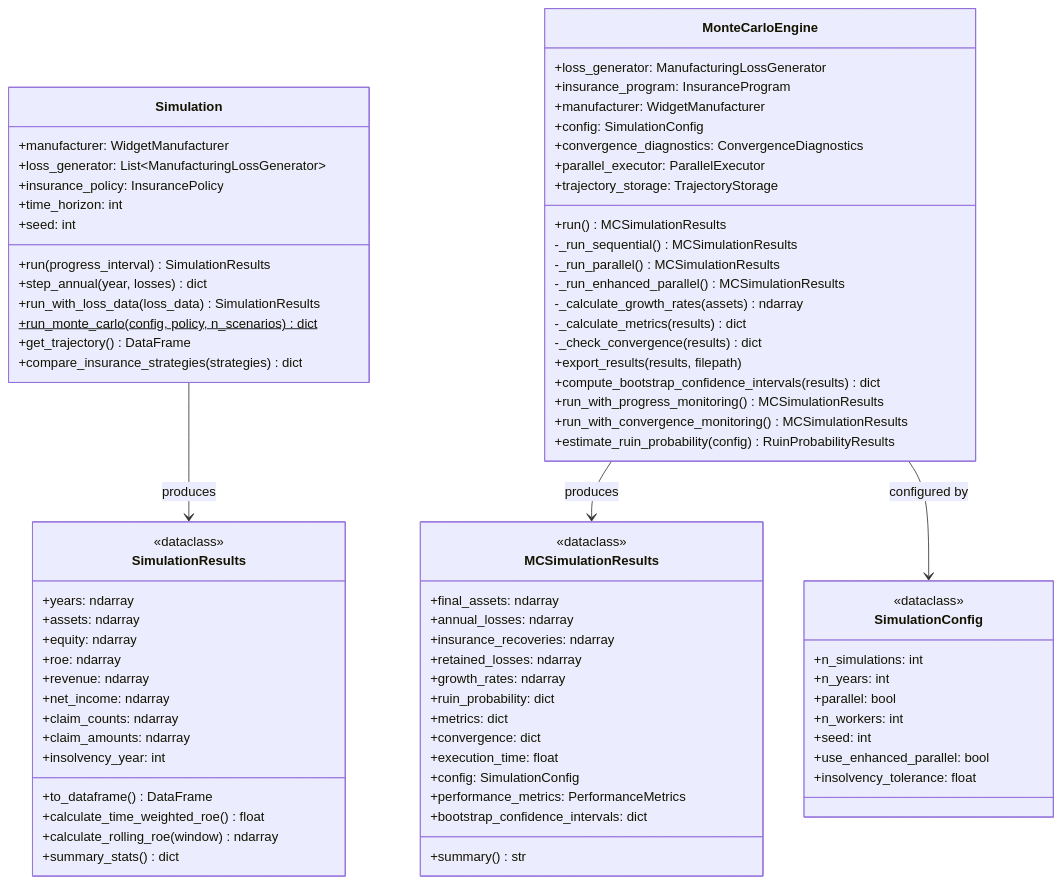
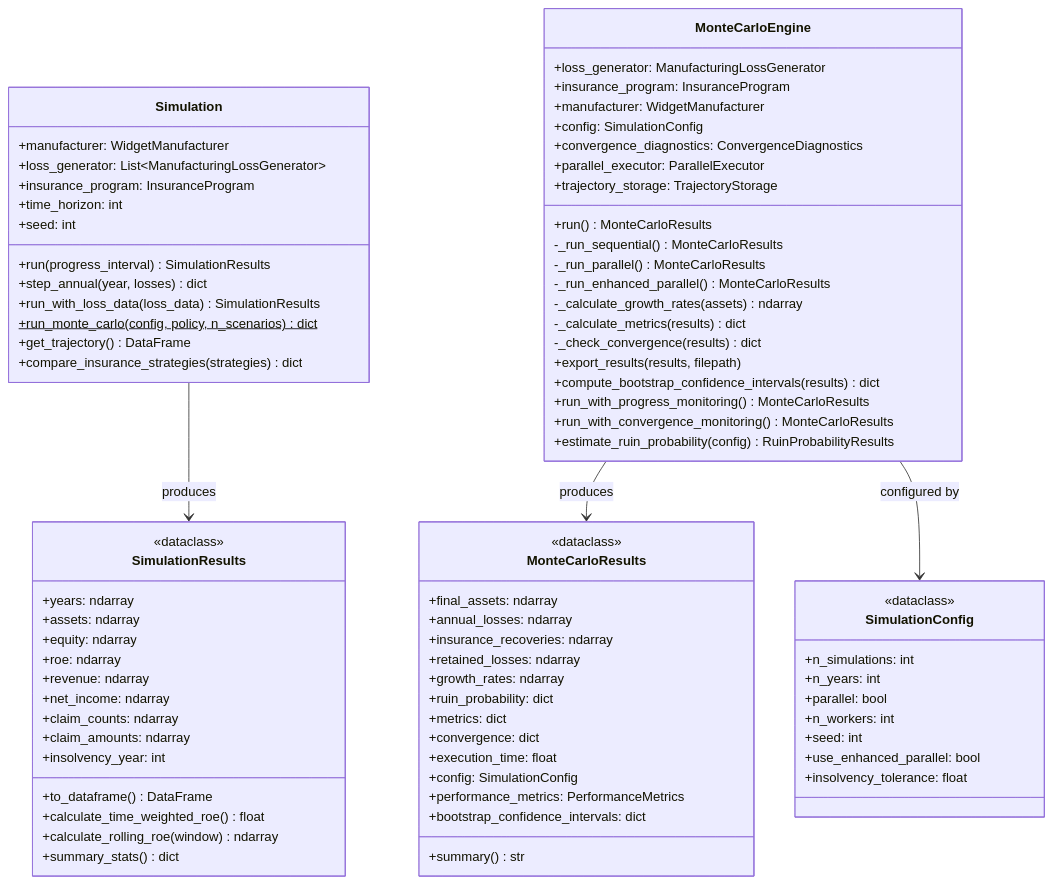
Before and after one commit to AlexFiliakov/Ergodic-Insurance-Limits: the fifth of 6 diagrams in ergodic_insurance/docs/architecture/class_diagrams/core_classes.md, drawn with Mermaid. The commit also changed other lines of this file and 105 other files, not shown here.

First line of the commit message:
feat!: API cleanup — rename SimulationResults, deprecate InsurancePolicy, and fix validation (#579)

````diff
--- a/ergodic_insurance/docs/architecture/class_diagrams/core_classes.md
+++ b/ergodic_insurance/docs/architecture/class_diagrams/core_classes.md
@@ -390,7 +392,7 @@
     class Simulation {
         +manufacturer: WidgetManufacturer
         +loss_generator: List~ManufacturingLossGenerator~
-        +insurance_policy: InsurancePolicy
+        +insurance_program: InsuranceProgram
         +time_horizon: int
         +seed: int
         +run(progress_interval) SimulationResults
@@ -426,21 +428,21 @@
         +convergence_diagnostics: ConvergenceDiagnostics
         +parallel_executor: ParallelExecutor
         +trajectory_storage: TrajectoryStorage
-        +run() MCSimulationResults
-        -_run_sequential() MCSimulationResults
-        -_run_parallel() MCSimulationResults
-        -_run_enhanced_parallel() MCSimulationResults
+        +run() MonteCarloResults
+        -_run_sequential() MonteCarloResults
+        -_run_parallel() MonteCarloResults
+        -_run_enhanced_parallel() MonteCarloResults
         -_calculate_growth_rates(assets) ndarray
         -_calculate_metrics(results) dict
         -_check_convergence(results) dict
         +export_results(results, filepath)
         +compute_bootstrap_confidence_intervals(results) dict
-        +run_with_progress_monitoring() MCSimulationResults
-        +run_with_convergence_monitoring() MCSimulationResults
+        +run_with_progress_monitoring() MonteCarloResults
+        +run_with_convergence_monitoring() MonteCarloResults
         +estimate_ruin_probability(config) RuinProbabilityResults
     }
 
-    class MCSimulationResults {
+    class MonteCarloResults {
         <<dataclass>>
         +final_assets: ndarray
         +annual_losses: ndarray
@@ -469,6 +471,6 @@
     }
 
     Simulation --> SimulationResults : produces
-    MonteCarloEngine --> MCSimulationResults : produces
+    MonteCarloEngine --> MonteCarloResults : produces
     MonteCarloEngine --> SimulationConfig : configured by
 ```
````
